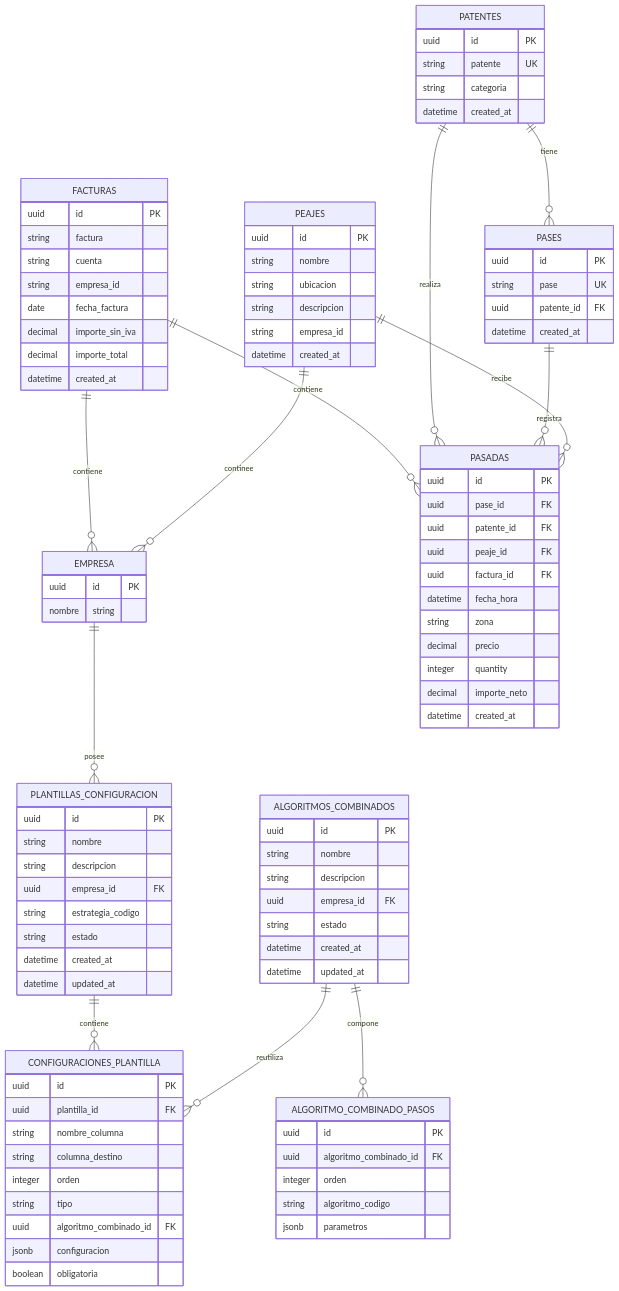
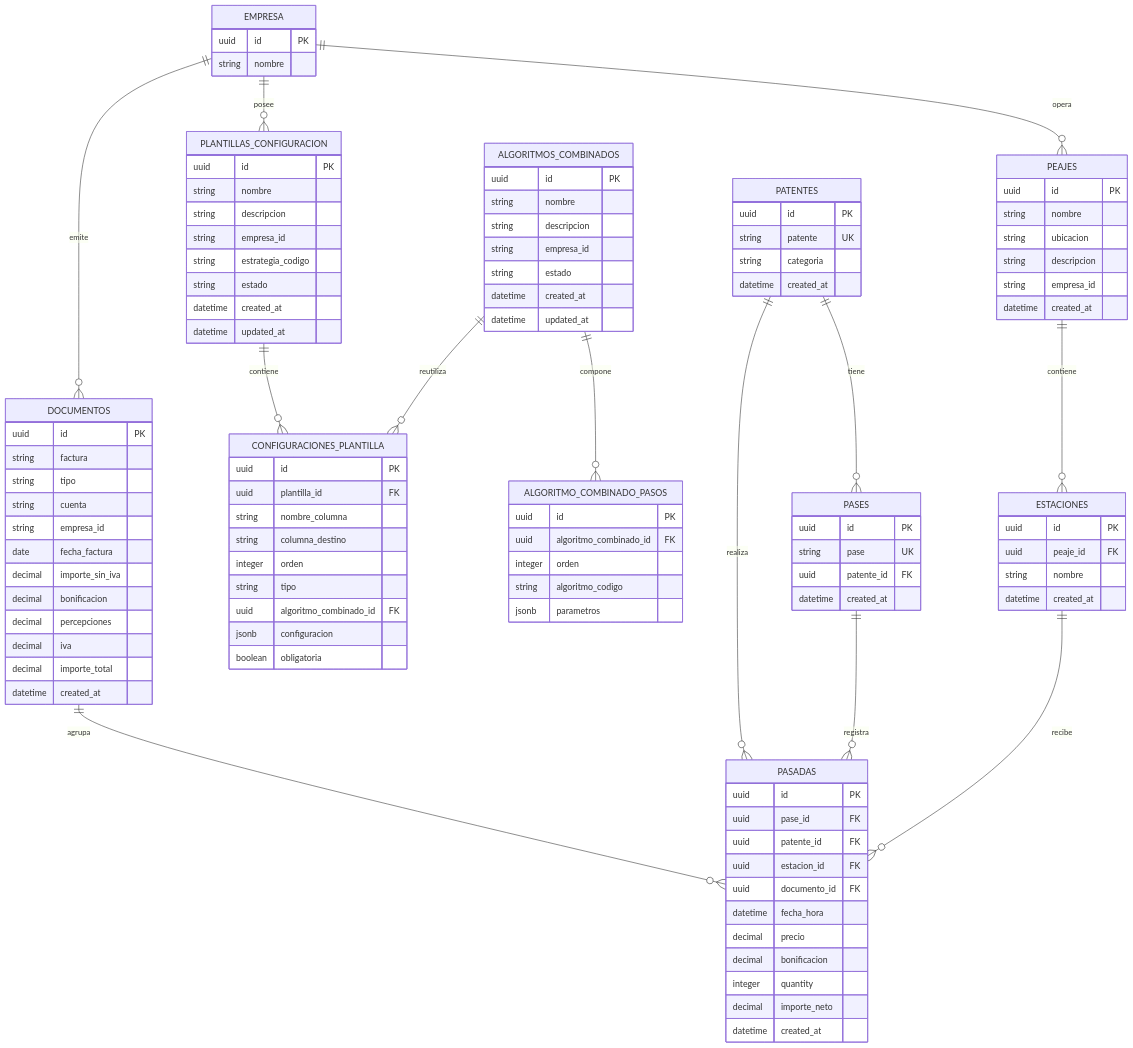
Before and after one commit to Briian3306/Transporte: the third of 4 diagrams in ibarra-app/docs/plan/peaje-prd-es.md, drawn with Mermaid. The commit also changed other lines of this file and 177 other files, not shown here.

````diff
--- a/ibarra-app/docs/plan/peaje-prd-es.md
+++ b/ibarra-app/docs/plan/peaje-prd-es.md
@@ -1194,13 +1255,17 @@
 ```mermaid
 
 erDiagram
-    FACTURAS {
+    DOCUMENTOS {
         uuid id PK
         string factura
+        string tipo
         string cuenta
         string empresa_id
         date fecha_factura
         decimal importe_sin_iva
+        decimal bonificacion
+        decimal percepciones
+        decimal iva
         decimal importe_total
         datetime created_at
     }
@@ -1209,7 +1274,7 @@
         uuid id PK
         string nombre
         string descripcion
-        uuid empresa_id FK
+        string empresa_id
         string estrategia_codigo
         string estado
         datetime created_at
@@ -1232,7 +1297,7 @@
         uuid id PK
         string nombre
         string descripcion
-        uuid empresa_id FK
+        string empresa_id
         string estado
         datetime created_at
         datetime updated_at
@@ -1247,7 +1312,7 @@
     }
     EMPRESA {
         uuid id PK
-        nombre string
+        string nombre
     }
     PATENTES {
         uuid id PK
@@ -1272,27 +1337,35 @@
         datetime created_at
     }
 
+    ESTACIONES {
+        uuid id PK
+        uuid peaje_id FK
+        string nombre
+        datetime created_at
+    }
+
     PASADAS {
         uuid id PK
         uuid pase_id FK
         uuid patente_id FK
-        uuid peaje_id FK
-        uuid factura_id FK
+        uuid estacion_id FK
+        uuid documento_id FK
         datetime fecha_hora
-        string zona
         decimal precio
+        decimal bonificacion
         integer quantity
         decimal importe_neto
         datetime created_at
     }
 
-    FACTURAS ||--o{ EMPRESA : "contiene"
-    FACTURAS ||--o{ PASADAS : "contiene"
+    DOCUMENTOS ||--o{ PASADAS : "agrupa"
+    EMPRESA ||--o{ DOCUMENTOS : "emite"
     PATENTES ||--o{ PASES : "tiene"
     PATENTES ||--o{ PASADAS : "realiza"
     PASES ||--o{ PASADAS : "registra"
-    PEAJES ||--o{ PASADAS : "recibe"
-    PEAJES ||--o{ EMPRESA : "continee"
+    PEAJES ||--o{ ESTACIONES : "contiene"
+    ESTACIONES ||--o{ PASADAS : "recibe"
+    EMPRESA ||--o{ PEAJES : "opera"
     EMPRESA ||--o{ PLANTILLAS_CONFIGURACION : "posee"
     PLANTILLAS_CONFIGURACION ||--o{ CONFIGURACIONES_PLANTILLA : "contiene"
     ALGORITMOS_COMBINADOS ||--o{ ALGORITMO_COMBINADO_PASOS : "compone"
````
